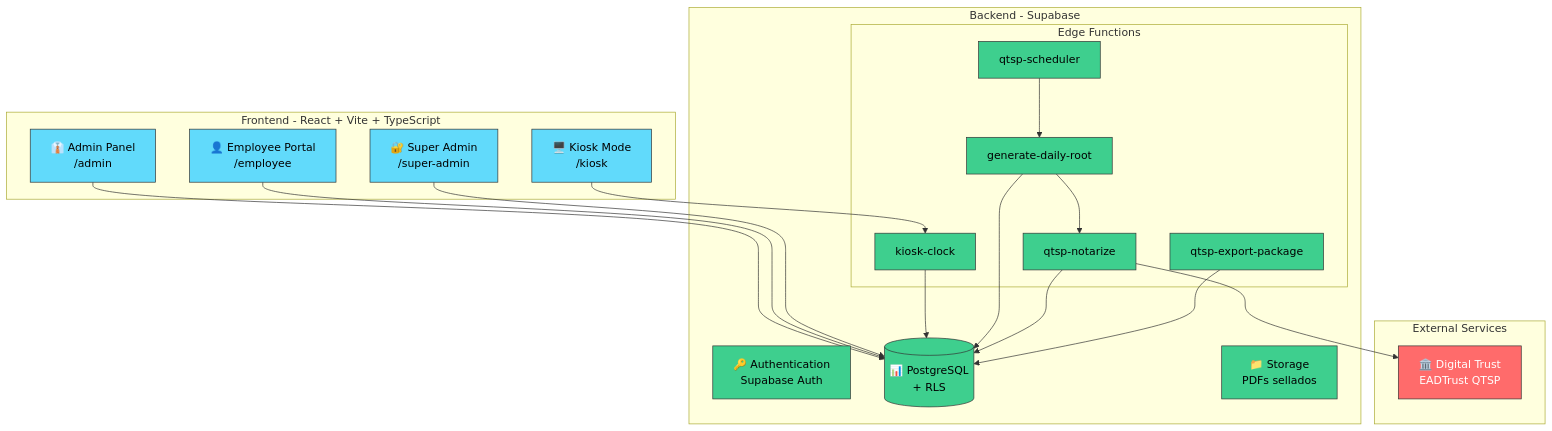
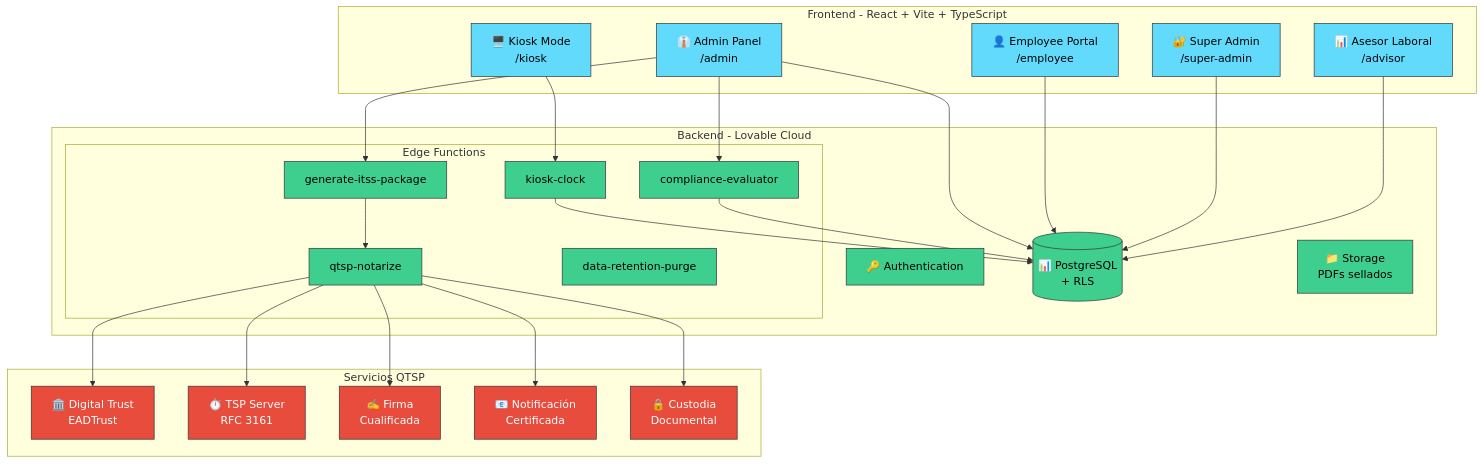
Before and after one commit to moimene/time-control-hub: the first of 23 diagrams in README.md, drawn with Mermaid. The commit also changed other lines of this file, not shown here.

````diff
--- a/README.md
+++ b/README.md
@@ -55,48 +82,57 @@
 ```mermaid
 graph TB
     subgraph "Frontend - React + Vite + TypeScript"
         KIOSK[🖥️ Kiosk Mode<br/>/kiosk]
         ADMIN[👔 Admin Panel<br/>/admin]
         EMP[👤 Employee Portal<br/>/employee]
         SUPER[🔐 Super Admin<br/>/super-admin]
+        ADVISOR[📊 Asesor Laboral<br/>/advisor]
     end
 
-    subgraph "Backend - Supabase"
-        AUTH[🔑 Authentication<br/>Supabase Auth]
+    subgraph "Backend - Lovable Cloud"
+        AUTH[🔑 Authentication]
         DB[(📊 PostgreSQL<br/>+ RLS)]
         STORAGE[📁 Storage<br/>PDFs sellados]
         
         subgraph "Edge Functions"
             EF1[kiosk-clock]
-            EF2[generate-daily-root]
-            EF3[qtsp-notarize]
-            EF4[qtsp-scheduler]
-            EF5[qtsp-export-package]
+            EF2[compliance-evaluator]
+            EF3[generate-itss-package]
+            EF4[qtsp-notarize]
+            EF5[data-retention-purge]
         end
     end
 
-    subgraph "External Services"
-        DT[🏛️ Digital Trust<br/>EADTrust QTSP]
+    subgraph "Servicios QTSP"
+        DT[🏛️ Digital Trust<br/>EADTrust]
+        TSP[⏱️ TSP Server<br/>RFC 3161]
+        SIGN[✍️ Firma<br/>Cualificada]
+        NOTIFY[📧 Notificación<br/>Certificada]
+        CUSTODY[🔒 Custodia<br/>Documental]
     end
 
     KIOSK --> EF1
     ADMIN --> DB
+    ADMIN --> EF2
+    ADMIN --> EF3
     EMP --> DB
     SUPER --> DB
+    ADVISOR --> DB
     
     EF1 --> DB
-    EF4 --> EF2
     EF2 --> DB
-    EF2 --> EF3
-    EF3 --> DT
-    EF3 --> DB
-    EF5 --> DB
+    EF3 --> EF4
+    EF4 --> DT
+    EF4 --> TSP
+    EF4 --> SIGN
+    EF4 --> NOTIFY
+    EF4 --> CUSTODY
 
     classDef frontend fill:#61dafb,stroke:#333,color:#000
     classDef backend fill:#3ecf8e,stroke:#333,color:#000
-    classDef external fill:#ff6b6b,stroke:#333,color:#fff
+    classDef qtsp fill:#e74c3c,stroke:#333,color:#fff
     
-    class KIOSK,ADMIN,EMP,SUPER frontend
+    class KIOSK,ADMIN,EMP,SUPER,ADVISOR frontend
     class AUTH,DB,STORAGE,EF1,EF2,EF3,EF4,EF5 backend
-    class DT external
+    class DT,TSP,SIGN,NOTIFY,CUSTODY qtsp
 ```
````
